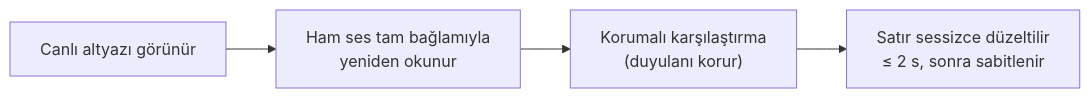
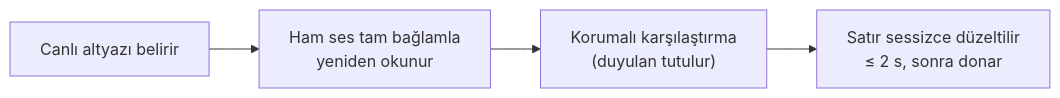
The third of 4 diagrams in README_tr.md (rpalm01-star/VigilantEarLegal), drawn with Mermaid before and after one commit. The commit also changed other lines of this file and 14 other files, not shown here.

````diff
--- a/README_tr.md
+++ b/README_tr.md
@@ -168,4 +187,4 @@
 ```mermaid
 graph LR
-    L["Canlı altyazı görünür"] --> K["Ham ses tam bağlamıyla<br/>yeniden okunur"] --> V["Korumalı karşılaştırma<br/>(duyulanı korur)"] --> W["Satır sessizce düzeltilir<br/>≤ 2 s, sonra sabitlenir"]
+    L["Canlı altyazı belirir"] --> K["Ham ses tam bağlamla<br/>yeniden okunur"] --> V["Korumalı karşılaştırma<br/>(duyulan tutulur)"] --> W["Satır sessizce düzeltilir<br/>≤ 2 s, sonra donar"]
 ```
````
